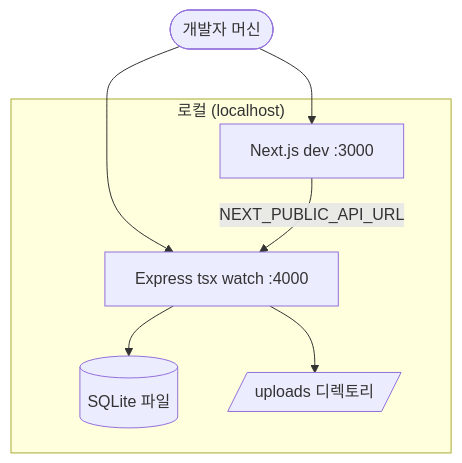
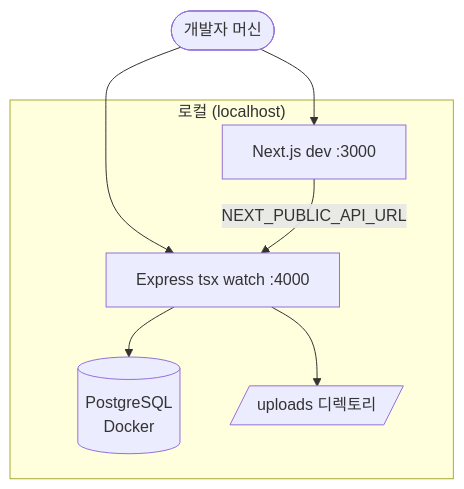
Before and after one commit to ilkwonkim71/cookshare: the eighth of 9 diagrams in docs/ARCHITECTURE.md, drawn with Mermaid. The commit also changed other lines of this file, not shown here.

First line of the commit message:
docs: update architecture diagrams from SQLite to Postgres

````diff
--- a/docs/ARCHITECTURE.md
+++ b/docs/ARCHITECTURE.md
@@ -257,15 +257,15 @@
 ```mermaid
 flowchart TB
     Dev([개발자 머신])
     subgraph Local["로컬 (localhost)"]
         FEdev["Next.js dev :3000"]
         BEdev["Express tsx watch :4000"]
-        SQLITEdev[(SQLite 파일)]
+        PGdev[(PostgreSQL<br/>Docker)]
         UPdev[/uploads 디렉토리/]
     end
     Dev --> FEdev
     Dev --> BEdev
     FEdev -->|NEXT_PUBLIC_API_URL| BEdev
-    BEdev --> SQLITEdev
+    BEdev --> PGdev
     BEdev --> UPdev
 ```
````
